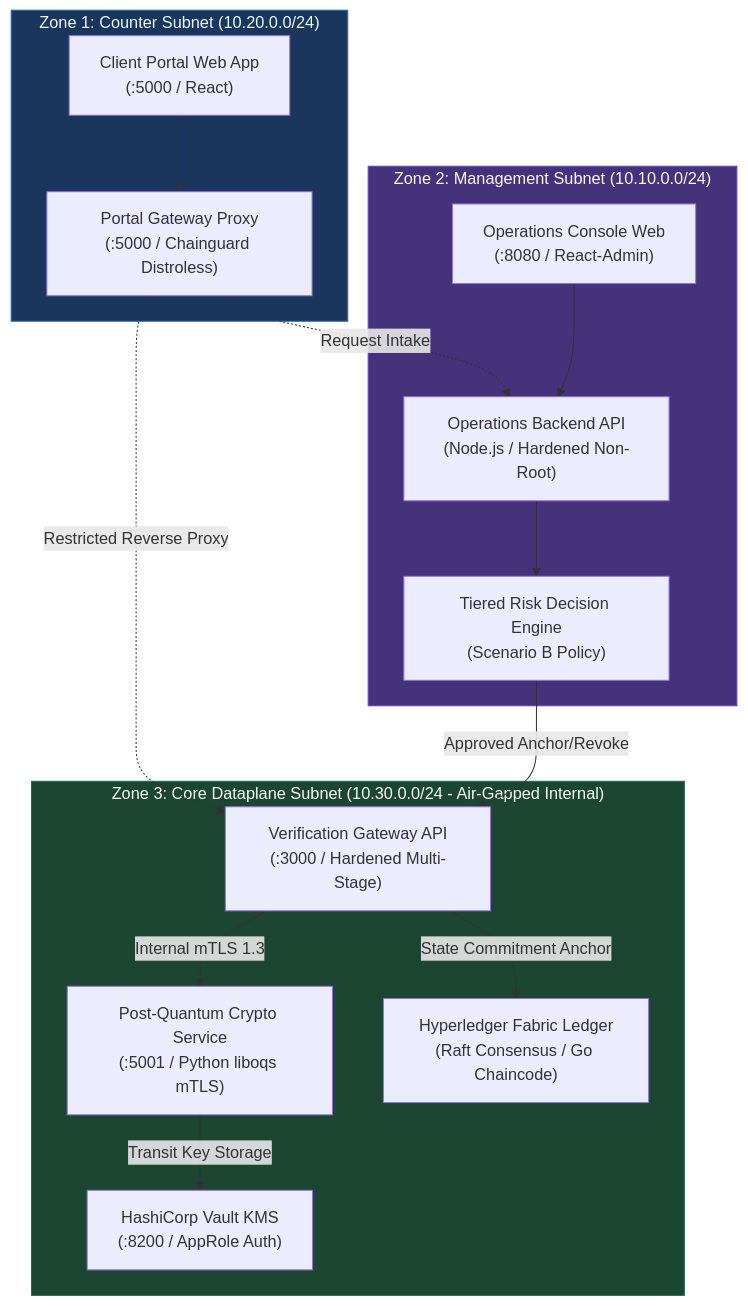
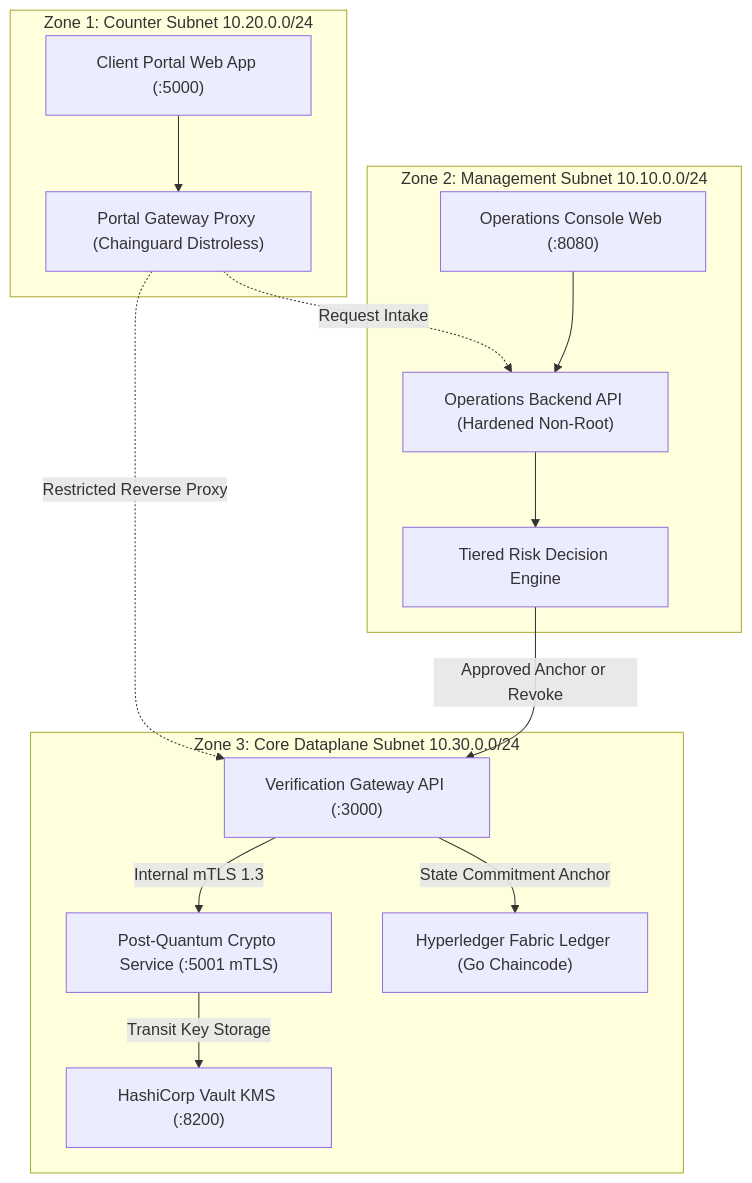
The second of 3 diagrams in README.md (0x4rc4n3/ScatterID), drawn with Mermaid before and after one commit. The commit also changed other lines of this file and 1 other file, not shown here.

Commit message:
docs: fix Mermaid syntax for GitHub rich display rendering

````diff
--- a/README.md
+++ b/README.md
@@ -96,37 +91,30 @@
 ```mermaid
 flowchart TD
-    subgraph ZONE1["Zone 1: Counter Subnet (10.20.0.0/24)"]
-        CLIENT["Client Portal Web App<br/>(:5000 / React)"]
-        GATEWAY["Portal Gateway Proxy<br/>(:5000 / Chainguard Distroless)"]
+    subgraph ZONE1["Zone 1: Counter Subnet 10.20.0.0/24"]
+        CLIENT["Client Portal Web App (:5000)"]
+        GATEWAY["Portal Gateway Proxy (Chainguard Distroless)"]
     end
 
-    subgraph ZONE2["Zone 2: Management Subnet (10.10.0.0/24)"]
-        CONSOLE["Operations Console Web<br/>(:8080 / React-Admin)"]
-        OPS_API["Operations Backend API<br/>(Node.js / Hardened Non-Root)"]
-        DECISION["Tiered Risk Decision Engine<br/>(Scenario B Policy)"]
+    subgraph ZONE2["Zone 2: Management Subnet 10.10.0.0/24"]
+        CONSOLE["Operations Console Web (:8080)"]
+        OPS_API["Operations Backend API (Hardened Non-Root)"]
+        DECISION["Tiered Risk Decision Engine"]
     end
 
-    subgraph ZONE3["Zone 3: Core Dataplane Subnet (10.30.0.0/24 - Air-Gapped Internal)"]
-        VERIFY["Verification Gateway API<br/>(:3000 / Hardened Multi-Stage)"]
-        CRYPTO["Post-Quantum Crypto Service<br/>(:5001 / Python liboqs mTLS)"]
-        VAULT["HashiCorp Vault KMS<br/>(:8200 / AppRole Auth)"]
-        FABRIC["Hyperledger Fabric Ledger<br/>(Raft Consensus / Go Chaincode)"]
+    subgraph ZONE3["Zone 3: Core Dataplane Subnet 10.30.0.0/24"]
+        VERIFY["Verification Gateway API (:3000)"]
+        CRYPTO["Post-Quantum Crypto Service (:5001 mTLS)"]
+        VAULT["HashiCorp Vault KMS (:8200)"]
+        FABRIC["Hyperledger Fabric Ledger (Go Chaincode)"]
     end
 
     CLIENT --> GATEWAY
-    GATEWAY -.->|Restricted Reverse Proxy| VERIFY
-    GATEWAY -.->|Request Intake| OPS_API
+    GATEWAY -.->|"Restricted Reverse Proxy"| VERIFY
+    GATEWAY -.->|"Request Intake"| OPS_API
     CONSOLE --> OPS_API
     OPS_API --> DECISION
-    DECISION -->|Approved Anchor/Revoke| VERIFY
-    VERIFY -->|Internal mTLS 1.3| CRYPTO
-    CRYPTO -->|Transit Key Storage| VAULT
-    VERIFY -->|State Commitment Anchor| FABRIC
-
-    classDef z1 fill:#1a365d,stroke:#2b6cb0,color:#ebf8ff;
-    classDef z2 fill:#44337a,stroke:#6b46c1,color:#faf5ff;
-    classDef z3 fill:#1c4532,stroke:#276749,color:#f0fff4;
-    class ZONE1 z1;
-    class ZONE2 z2;
-    class ZONE3 z3;
+    DECISION -->|"Approved Anchor or Revoke"| VERIFY
+    VERIFY -->|"Internal mTLS 1.3"| CRYPTO
+    CRYPTO -->|"Transit Key Storage"| VAULT
+    VERIFY -->|"State Commitment Anchor"| FABRIC
 ```
````
